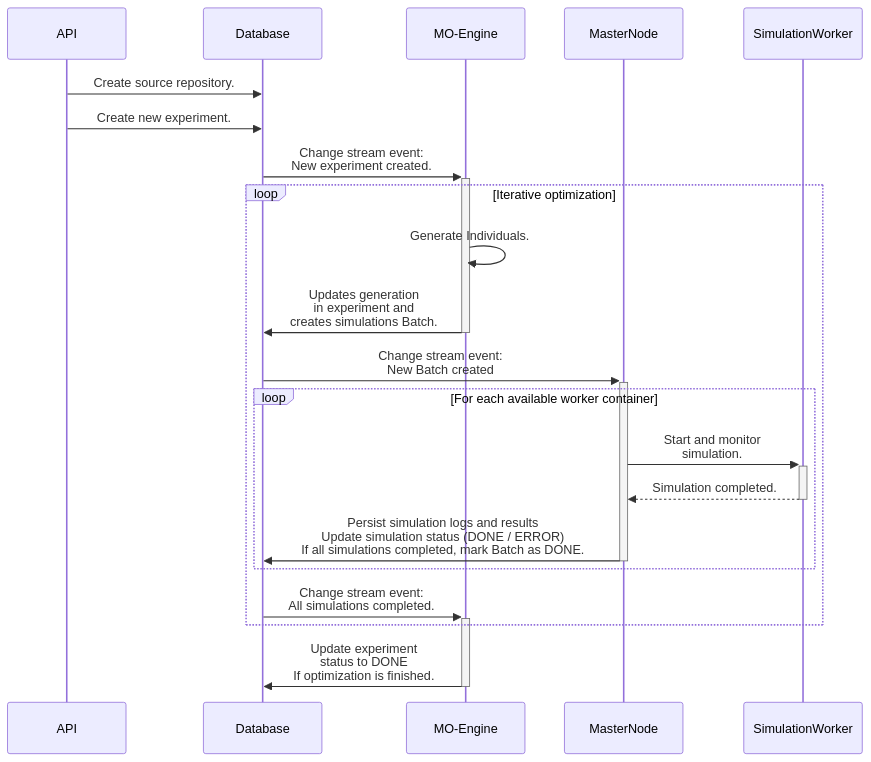
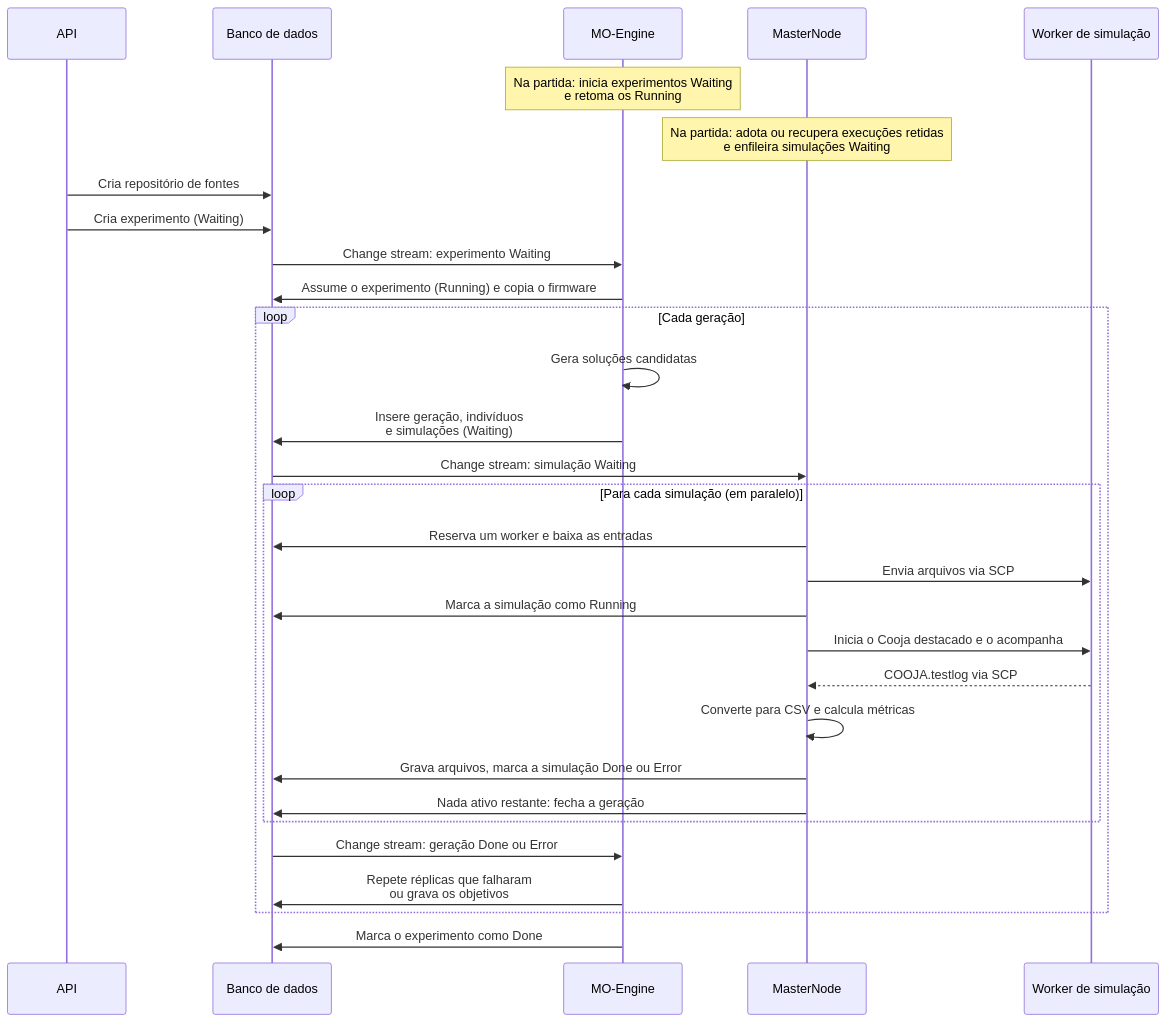
The second of 2 diagrams in README_pt.md (JunioCesarFerreira/simlab), drawn with Mermaid before and after one commit. The commit also changed other lines of this file and 71 other files, not shown here.

````diff
--- a/README_pt.md
+++ b/README_pt.md
@@ -107,25 +93,39 @@
 ```mermaid
 sequenceDiagram
-    API->>Database: Create source repository.
-    API->>Database: Create new experiment.
-    
-    Database->>+MO-Engine: Change stream event:<br/>New experiment created.
-    
-    loop Iterative optimization
-        MO-Engine->>MO-Engine: Generate Individuals.
-        MO-Engine->>-Database: Updates generation<br/>in experiment and<br/>creates simulations Batch.
-        
-        Database->>+MasterNode: Change stream event:<br/>New Batch created
-        
-        loop For each available worker container
-            MasterNode->>+SimulationWorker: Start and monitor<br/>simulation.
-            SimulationWorker-->>-MasterNode: Simulation completed.
-            MasterNode->>-Database: Persist simulation logs and results<br/>Update simulation status (DONE / ERROR)<br/>If all simulations completed, mark Batch as DONE.
+    participant API
+    participant Database as Banco de dados
+    participant MO-Engine
+    participant MasterNode
+    participant SimWorker as Worker de simulação
+
+    Note over MO-Engine: Na partida: inicia experimentos Waiting<br/>e retoma os Running
+    Note over MasterNode: Na partida: adota ou recupera execuções retidas<br/>e enfileira simulações Waiting
+
+    API->>Database: Cria repositório de fontes
+    API->>Database: Cria experimento (Waiting)
+
+    Database->>MO-Engine: Change stream: experimento Waiting
+    MO-Engine->>Database: Assume o experimento (Running) e copia o firmware
+
+    loop Cada geração
+        MO-Engine->>MO-Engine: Gera soluções candidatas
+        MO-Engine->>Database: Insere geração, indivíduos<br/>e simulações (Waiting)
+        Database->>MasterNode: Change stream: simulação Waiting
+
+        loop Para cada simulação (em paralelo)
+            MasterNode->>Database: Reserva um worker e baixa as entradas
+            MasterNode->>SimWorker: Envia arquivos via SCP
+            MasterNode->>Database: Marca a simulação como Running
+            MasterNode->>SimWorker: Inicia o Cooja destacado e o acompanha
+            SimWorker-->>MasterNode: COOJA.testlog via SCP
+            MasterNode->>MasterNode: Converte para CSV e calcula métricas
+            MasterNode->>Database: Grava arquivos, marca a simulação Done ou Error
+            MasterNode->>Database: Nada ativo restante: fecha a geração
         end
-        
-        Database->>+MO-Engine: Change stream event:<br/>All simulations completed.
+
+        Database->>MO-Engine: Change stream: geração Done ou Error
+        MO-Engine->>Database: Repete réplicas que falharam<br/>ou grava os objetivos
     end
-    
-    MO-Engine->>-Database: Update experiment<br/>status to DONE<br/>If optimization is finished.
 
+    MO-Engine->>Database: Marca o experimento como Done
 ```
````
